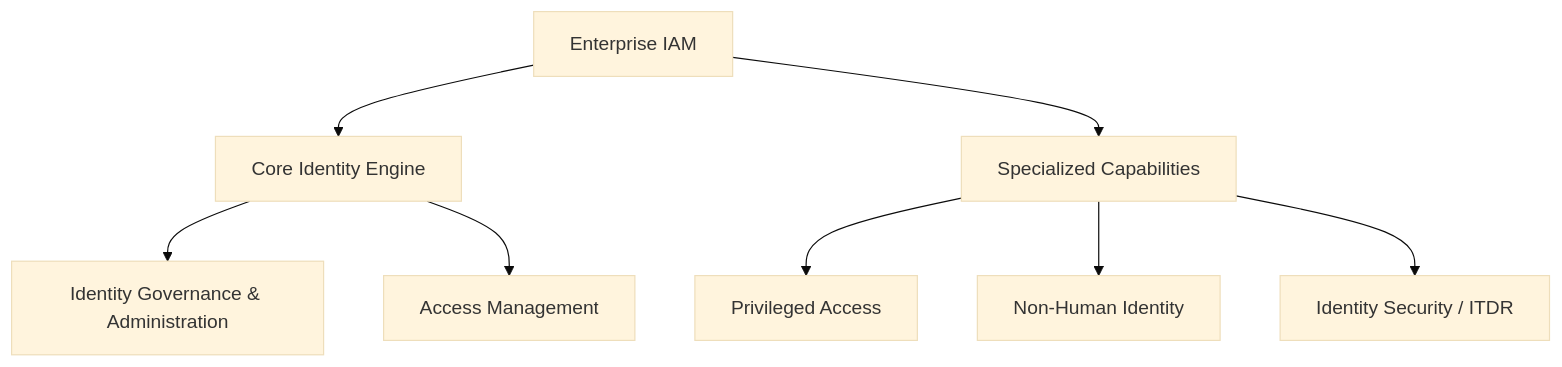
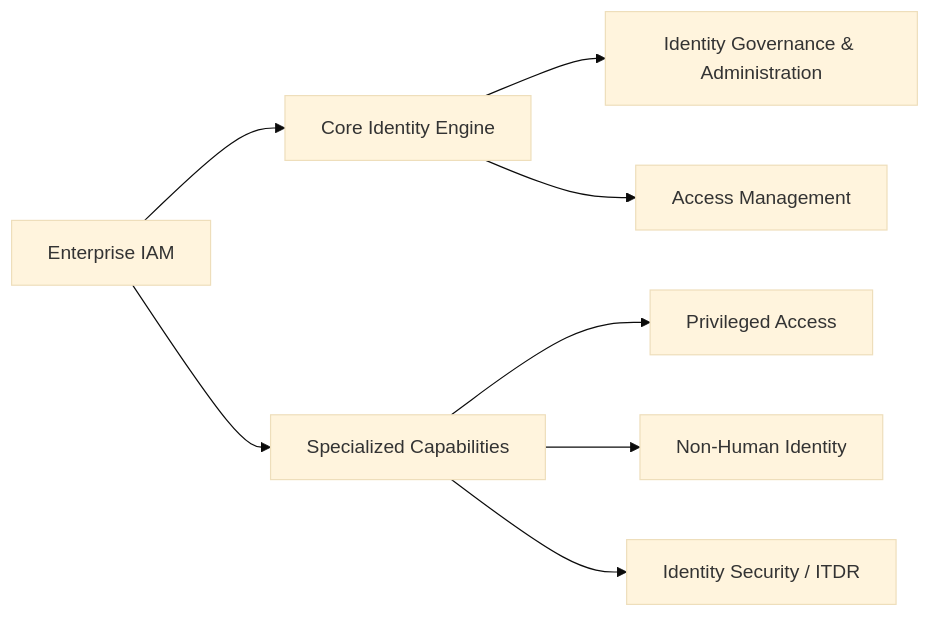
Before and after one commit to thinkIdentity/thinkIdentity.github.io: the first of 9 diagrams in _posts/2026/06/2026-06-02-iam-vendor-generations-agentic-identity.md, drawn with Mermaid (base theme). The commit also changed other lines of this file and 14 other files, not shown here.

````diff
--- a/_posts/2026/06/2026-06-02-iam-vendor-generations-agentic-identity.md
+++ b/_posts/2026/06/2026-06-02-iam-vendor-generations-agentic-identity.md
@@ -25,19 +25,19 @@
 ```mermaid
-flowchart TD
+flowchart LR
     IAM[Enterprise IAM]
     IAM --> Core[Core Identity Engine]
     IAM --> Spec[Specialized Capabilities]
 
     Core --> IGA[Identity Governance & Administration]
     Core --> AM[Access Management]
 
     Spec --> PAM[Privileged Access]
     Spec --> NHI[Non-Human Identity]
     Spec --> Sec[Identity Security / ITDR]
 
     class IAM iam
     class Core,Spec neutral
     class IGA success
     class AM danger
     class PAM,NHI,Sec info
 ```
````
